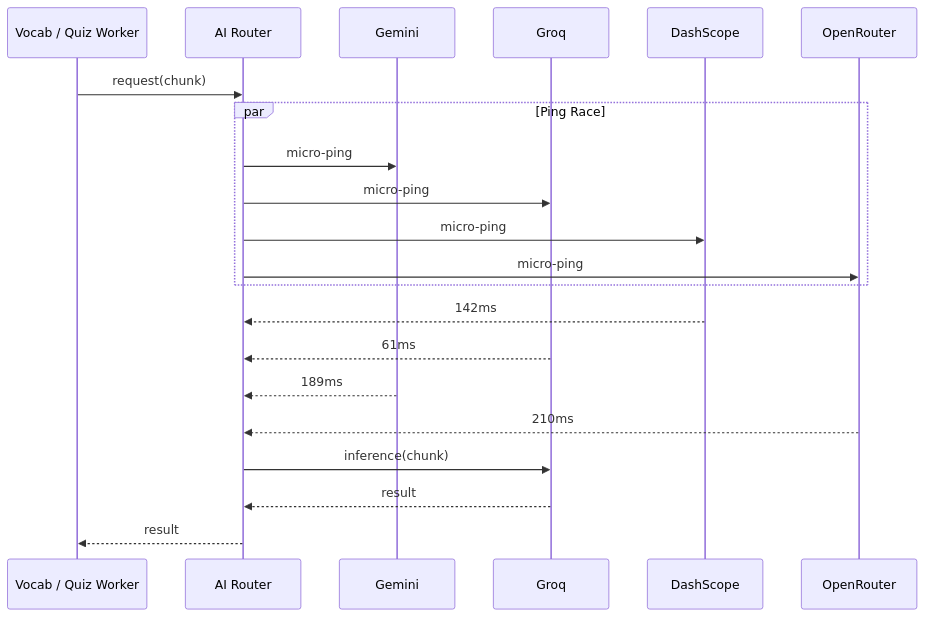
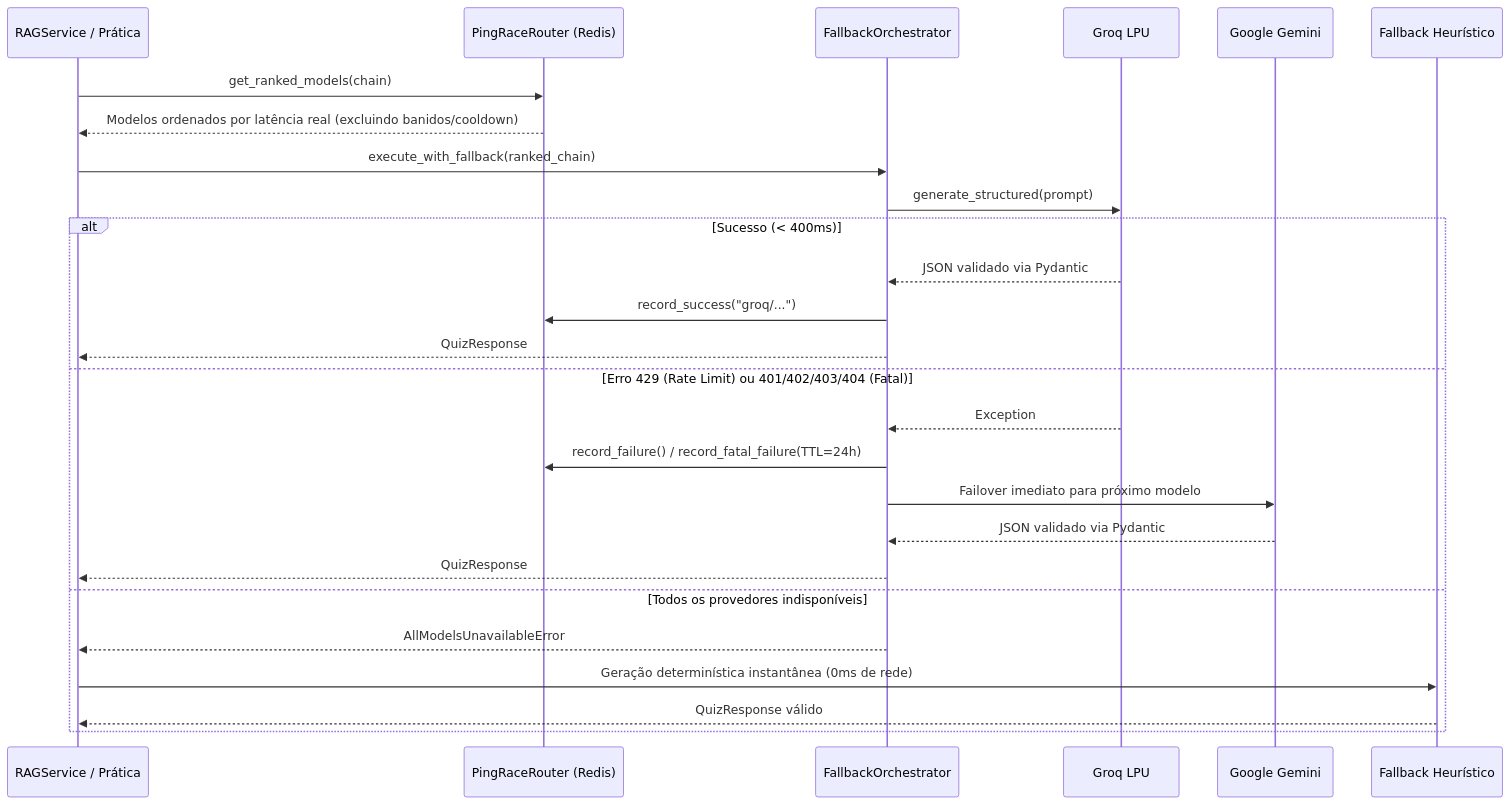
One commit to felipeamlozano-ui/TupiLingo-Project changed the second of 4 diagrams in README.md. Above: the diagram before and after it, drawn with Mermaid. The commit also changed other lines of this file, not shown here.

Commit message:
docs(readme): complete architectural diagnostic and update README to reflect current production codebase

````diff
--- a/README.md
+++ b/README.md
@@ -261,24 +240,29 @@
 ```mermaid
 sequenceDiagram
-    participant Worker as Vocab / Quiz Worker
-    participant Router as AI Router
-    participant Gemini
-    participant Groq
-    participant DashScope
-    participant OpenRouter
+    participant Service as RAGService / Prática
+    participant PR as PingRaceRouter (Redis)
+    participant Orch as FallbackOrchestrator
+    participant Groq as Groq LPU
+    participant Gemini as Google Gemini
+    participant Heur as Fallback Heurístico
 
-    Worker->>Router: request(chunk)
-    par Ping Race
-        Router->>Gemini: micro-ping
-        Router->>Groq: micro-ping
-        Router->>DashScope: micro-ping
-        Router->>OpenRouter: micro-ping
+    Service->>PR: get_ranked_models(chain)
+    PR-->>Service: Modelos ordenados por latência real (excluindo banidos/cooldown)
+    Service->>Orch: execute_with_fallback(ranked_chain)
+    Orch->>Groq: generate_structured(prompt)
+    alt Sucesso (< 400ms)
+        Groq-->>Orch: JSON validado via Pydantic
+        Orch->>PR: record_success("groq/...")
+        Orch-->>Service: QuizResponse
+    else Erro 429 (Rate Limit) ou 401/402/403/404 (Fatal)
+        Groq-->>Orch: Exception
+        Orch->>PR: record_failure() / record_fatal_failure(TTL=24h)
+        Orch->>Gemini: Failover imediato para próximo modelo
+        Gemini-->>Orch: JSON validado via Pydantic
+        Orch-->>Service: QuizResponse
+    else Todos os provedores indisponíveis
+        Orch-->>Service: AllModelsUnavailableError
+        Service->>Heur: Geração determinística instantânea (0ms de rede)
+        Heur-->>Service: QuizResponse válido
     end
-    DashScope-->>Router: 142ms
-    Groq-->>Router: 61ms
-    Gemini-->>Router: 189ms
-    OpenRouter-->>Router: 210ms
-    Router->>Groq: inference(chunk)
-    Groq-->>Router: result
-    Router-->>Worker: result
 ```
````
